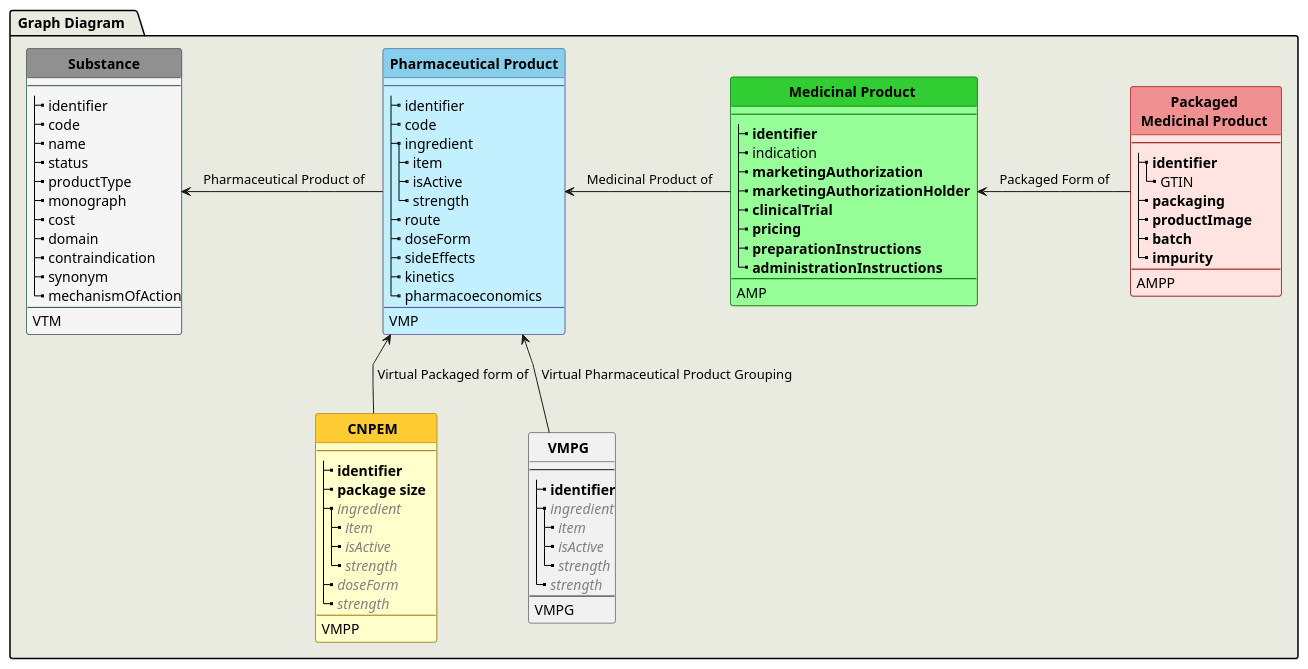
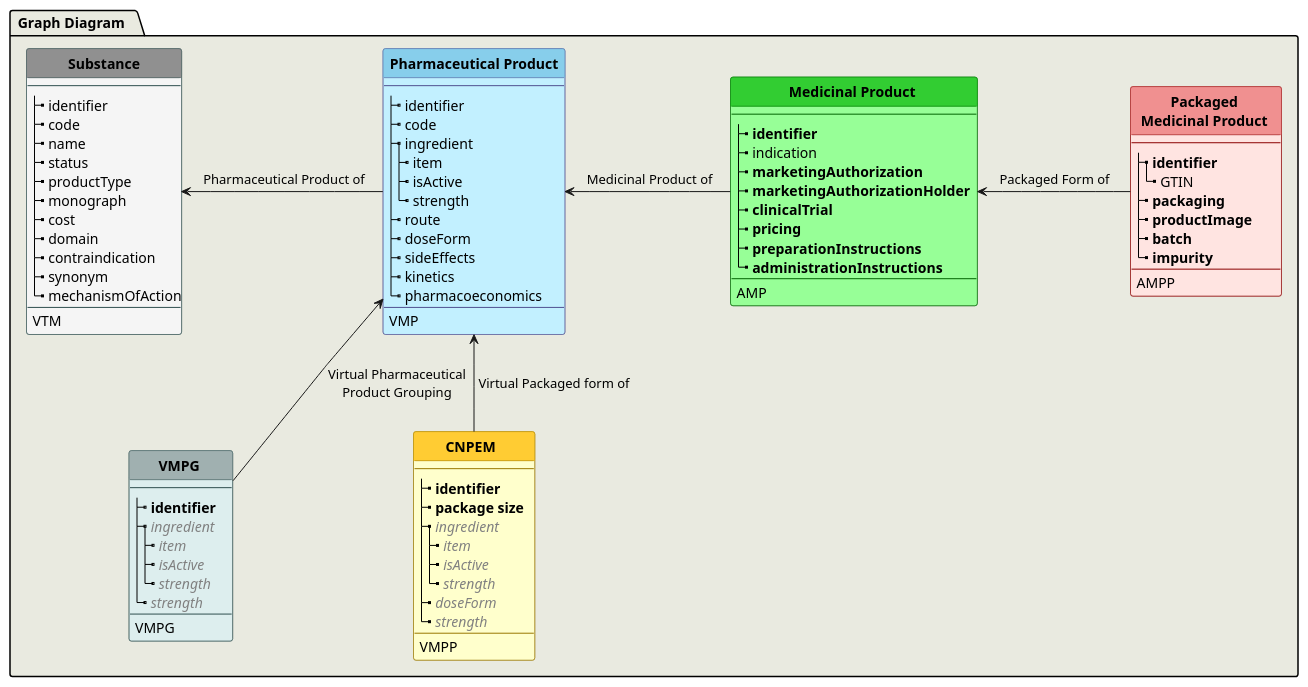
Before and after one commit to joofio/medIG: the diagram in input/images-source/diagram.plantuml, drawn with PlantUML.

Commit message:
enhance plantuml diagram with BE concept

```diff
--- a/input/images-source/diagram.plantuml
+++ b/input/images-source/diagram.plantuml
@@ -1,153 +1,160 @@
 @startuml
 hide stereotype
 hide circle
 skinparam linetype polyline
 skinparam shadowing false
 
 
 '!pragma graphviz_dot smetana
 
 
 
 skinparam class<<S>> {
  BorderColor DarkSlateGray
  BackgroundColor WhiteSmoke
  HeaderBackgroundColor #909090
 }
 
 skinparam class<<VMPP>> {
  BorderColor #997700
  BackgroundColor BUSINESS
  HeaderBackgroundColor #ffcc33
 }
 
 skinparam class<<PhP>> {
  BorderColor #505090
  BackgroundColor APPLICATION
  HeaderBackgroundColor SkyBlue
 }
 
 skinparam class<<Oth>> {
  BorderColor #99770055
  BackgroundColor #FFFFE055
  HeaderBackgroundColor #ffDD7344
  HeaderFontColor 	#ffcc3355
 }
 
 skinparam class<<MP>> {
  BorderColor DarkGreen
  BackgroundColor PHYSICAL
  HeaderBackgroundColor LimeGreen
 }
 
 
 skinparam class<<PMP>> {
  BorderColor DarkRed
  BackgroundColor MistyRose
  HeaderBackgroundColor #f09090
+}
+
+skinparam class<<VMPG>> {
+ BorderColor DarkSlateGrey
+ BackgroundColor #DEE
+ HeaderBackgroundColor #A0B0B0
 }
 
 
 
   package " Graph Diagram   " as MR #E9EAE0 {
     class "**Substance**" as S<<S>> {
       --
       |_ identifier
       |_ code    
       |_ name
       |_ status
       |_ productType
       |_ monograph
       |_ cost
       |_ domain
       |_ contraindication
       |_ synonym
       |_ mechanismOfAction
       --
       VTM  
     }
 
     class " **Pharmaceutical Product** " as PhP<<PhP>> {
       --
       |_ identifier
       |_ code
       |_ ingredient
         |_ item
         |_ isActive
         |_ strength
 '      |_ productType
       |_ route
       |_ doseForm
       |_ sideEffects
       |_ kinetics
       |_ pharmacoeconomics
       --
       VMP
     }
 
     class " **Medicinal Product ** " as MP<<MP>>{
       --
       |_ **identifier**
       |_ indication
 '      |_ productType
       |_ **marketingAuthorization**
       |_ **marketingAuthorizationHolder  **
       |_ **clinicalTrial**
       |_ **pricing**
       |_ **preparationInstructions**
       |_ **administrationInstructions**
       --
       AMP
     }
 
     class " **Packaged ** \n  **Medicinal Product **  " as PMP<<PMP>>{
       --
       |_ **identifier**
         |_ GTIN
       |_ **packaging**
       |_ **productImage**
       |_ **batch**
       |_ **impurity**
       --
      AMPP
     }
 
     class " **CNPEM **  " as CNPEM <<VMPP>>{
       --
       |_ **identifier**
       |_ **package size**   
       |_ <color:gray>//ingredient//</color>
         |_ <color:gray>//item//
         |_ <color:gray>//isActive//
         |_ <color:gray>//strength//
       |_ <color:gray>//doseForm//
       |_ <color:gray>//strength//
       --
       VMPP
 }
 
-    class " **VMPG **  " as VMPG <<VMPG>>{
+    class " ** VMPG **  " as VMPGroup<<VMPG>>{
       --
-      |_ **identifier**
-      |_ <color:gray>//ingredient//</color>
+      |_ **identifier  **
+      |_ <color:gray>//ingredient     //</color>
         |_ <color:gray>//item//
         |_ <color:gray>//isActive//
         |_ <color:gray>//strength//
       |_ <color:gray>//strength//
       --
       VMPG
 }
 
 
   S <-r- PhP: " Pharmaceutical Product of"
   
   PhP <-r- MP: " Medicinal Product of"
   
   PMP -l-> MP: " Packaged Form of "
   
   CNPEM -u-> PhP: " Virtual Packaged form of"
   'CNPEM -r[hidden]--> MP
-    VMPG -u-> PhP: " Virtual Pharmaceutical Product Grouping"
+  VMPGroup -u-> PhP: Virtual Pharmaceutical\nProduct Grouping
+  VMPGroup -u[hidden]-> S
   'CNPEM -r[hidden]--> MP
 }
 @enduml
```
